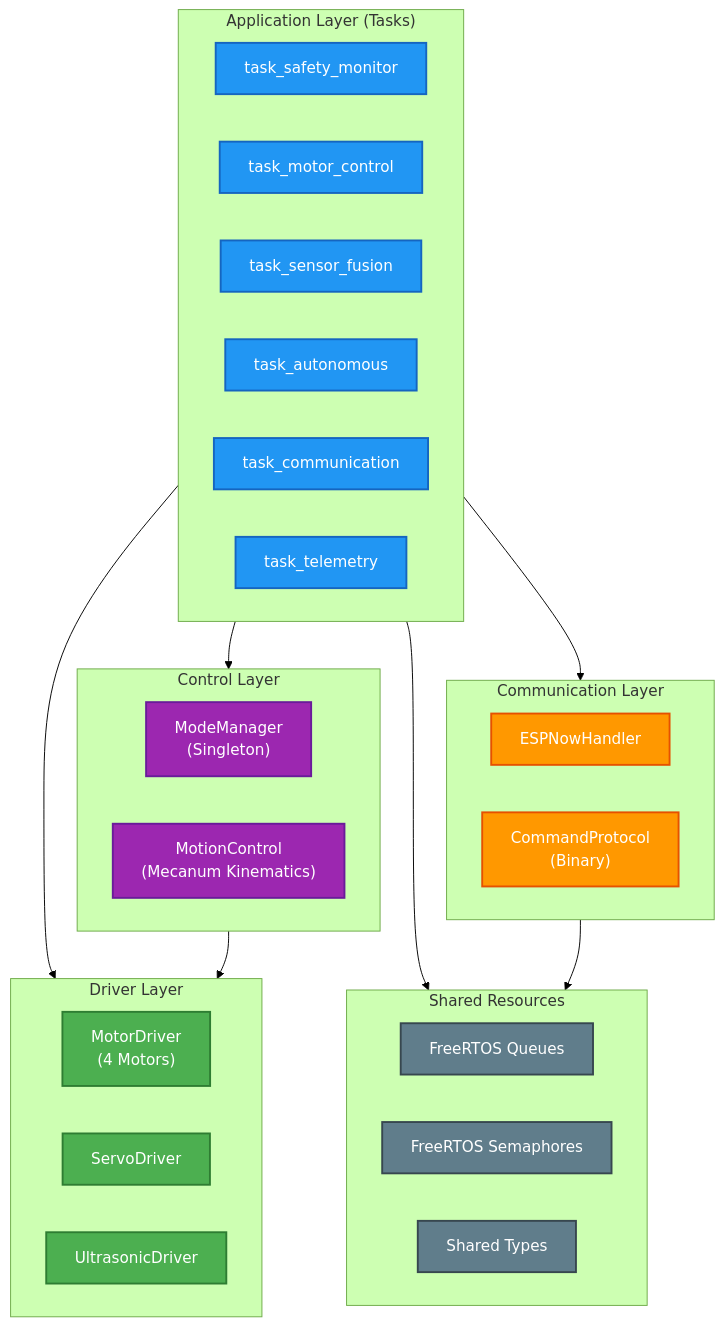
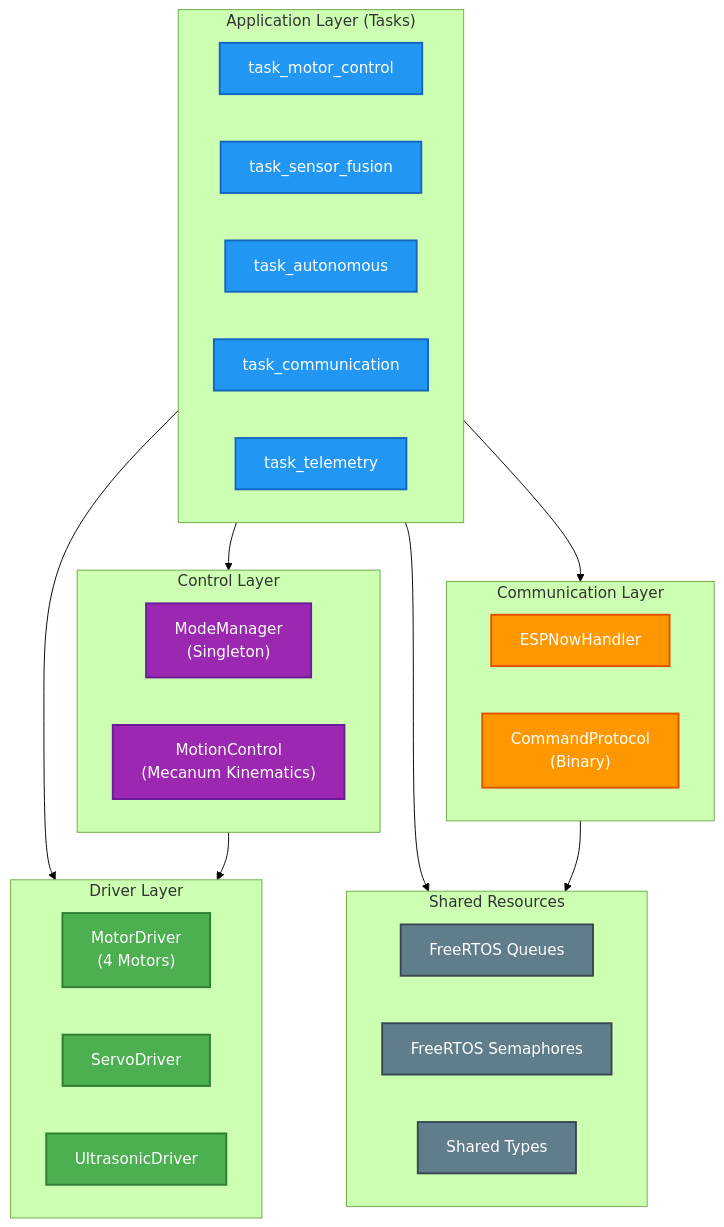
Before and after one commit to Yaniv23/final-project-gesture-car: the seventh of 16 diagrams in docs/architecture.md, drawn with Mermaid (forest theme). The commit also changed other lines of this file and 38 other files, not shown here.

````diff
--- a/docs/architecture.md
+++ b/docs/architecture.md
@@ -302,52 +300,51 @@
 ```mermaid
 graph TB
     subgraph ApplicationLayer["Application Layer (Tasks)"]
-        SafetyTask["task_safety_monitor"]
         MotorTask["task_motor_control"]
         SensorTask["task_sensor_fusion"]
         AutoTask["task_autonomous"]
         CommTask["task_communication"]
         TelemetryTask["task_telemetry"]
     end
     
     subgraph ControlLayer["Control Layer"]
         ModeManager["ModeManager<br/>(Singleton)"]
         MotionControl["MotionControl<br/>(Mecanum Kinematics)"]
     end
     
     subgraph DriverLayer["Driver Layer"]
         MotorDriver["MotorDriver<br/>(4 Motors)"]
         ServoDriver["ServoDriver"]
         UltrasonicDriver["UltrasonicDriver"]
     end
     
     subgraph CommunicationLayer["Communication Layer"]
         ESPNowHandler["ESPNowHandler"]
         CommandProtocol["CommandProtocol<br/>(Binary)"]
     end
     
     subgraph SharedLayer["Shared Resources"]
         Queues["FreeRTOS Queues"]
         Semaphores["FreeRTOS Semaphores"]
         Types["Shared Types"]
     end
     
     ApplicationLayer --> ControlLayer
     ApplicationLayer --> DriverLayer
     ApplicationLayer --> CommunicationLayer
     ApplicationLayer --> SharedLayer
     ControlLayer --> DriverLayer
     CommunicationLayer --> SharedLayer
     
     classDef app fill:#2196F3,stroke:#1565C0,stroke-width:2px,color:#fff
     classDef control fill:#9C27B0,stroke:#6A1B9A,stroke-width:2px,color:#fff
     classDef driver fill:#4CAF50,stroke:#2E7D32,stroke-width:2px,color:#fff
     classDef comm fill:#FF9800,stroke:#E65100,stroke-width:2px,color:#fff
     classDef shared fill:#607D8B,stroke:#37474F,stroke-width:2px,color:#fff
     
     class SafetyTask,MotorTask,SensorTask,AutoTask,CommTask,TelemetryTask app
     class ModeManager,MotionControl control
     class MotorDriver,ServoDriver,UltrasonicDriver driver
     class ESPNowHandler,CommandProtocol comm
     class Queues,Semaphores,Types shared
 ```
````
